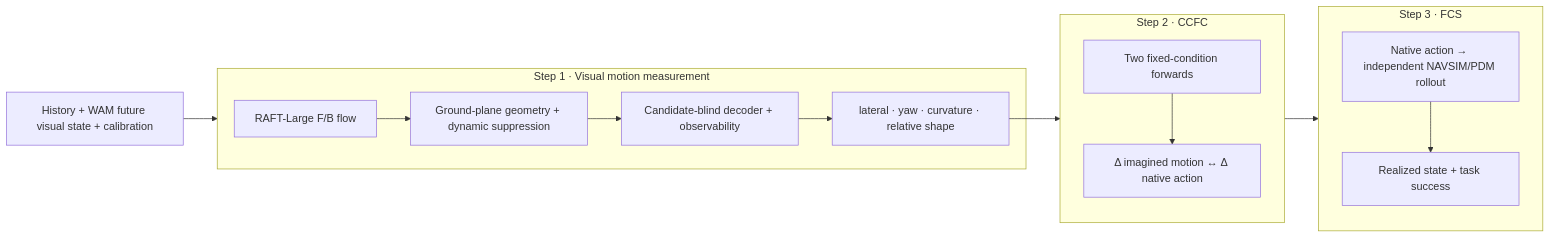
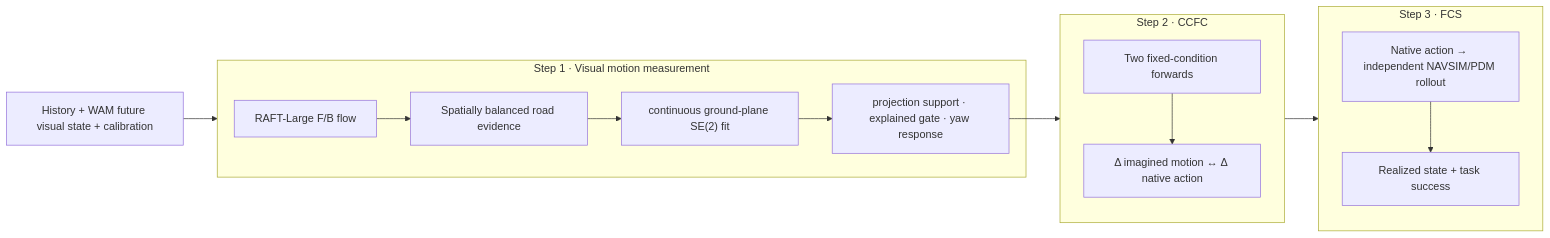
One commit to RiseBun/IAC changed the diagram in README.md. Above: the diagram before and after it, drawn with Mermaid. The commit also changed other lines of this file and 3 other files, not shown here.

````diff
--- a/README.md
+++ b/README.md
@@ -46,17 +46,17 @@
 ```mermaid
 flowchart LR
   I["History + WAM future visual state + calibration"] --> S1
   subgraph S1["Step 1 · Visual motion measurement"]
-    S1a["RAFT-Large F/B flow"] --> S1b["Ground-plane geometry + dynamic suppression"]
-    S1b --> S1c["Candidate-blind decoder + observability"]
-    S1c --> S1d["lateral · yaw · curvature · relative shape"]
+    S1a["RAFT-Large F/B flow"] --> S1b["Spatially balanced road evidence"]
+    S1b --> S1c["continuous ground-plane SE(2) fit"]
+    S1c --> S1d["projection support · explained gate · yaw response"]
   end
   S1d --> S2
   subgraph S2["Step 2 · CCFC"]
     S2a["Two fixed-condition forwards"] --> S2b["Δ imagined motion ↔ Δ native action"]
   end
   S2 --> S3
   subgraph S3["Step 3 · FCS"]
     S3a["Native action → independent NAVSIM/PDM rollout"] --> S3b["Realized state + task success"]
   end
 ```
````
